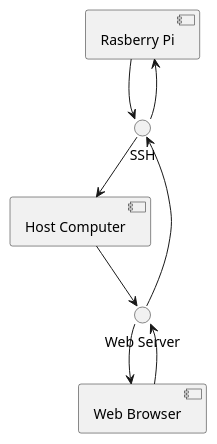
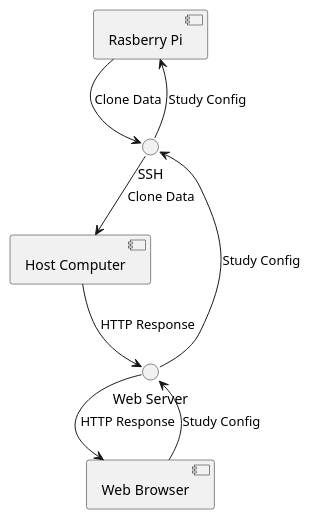
One commit to fabiomatos999/M.O.S.I.S changed the diagram in M.O.S.I.S Host Software/Progress_Report_1/host_ui_communication.pu. Above: the diagram before and after it, drawn with PlantUML. The commit also changed 1 other file, not shown here.

Commit message:
Fix Communication Diagram

```diff
--- a/M.O.S.I.S Host Software/Progress_Report_1/host_ui_communication.pu
+++ b/M.O.S.I.S Host Software/Progress_Report_1/host_ui_communication.pu
@@ -1,14 +1,14 @@
 @startuml
 [Rasberry Pi] as RPI
 [Host Computer] as HS
 [Web Browser] as WB
 () "SSH"
 () "Web Server" as WS
-RPI --> SSH
-SSH --> HS
-HS --> WS
-WS --> WB 
-WB --> WS
-WS --> SSH
-SSH --> RPI
+RPI --> SSH : "Clone Data"
+SSH --> HS : "Clone Data"
+HS --> WS : "HTTP Response"
+WS --> WB : "HTTP Response"
+WB --> WS : "Study Config"
+WS --> SSH : "Study Config"
+SSH --> RPI : "Study Config"
 @enduml
```
